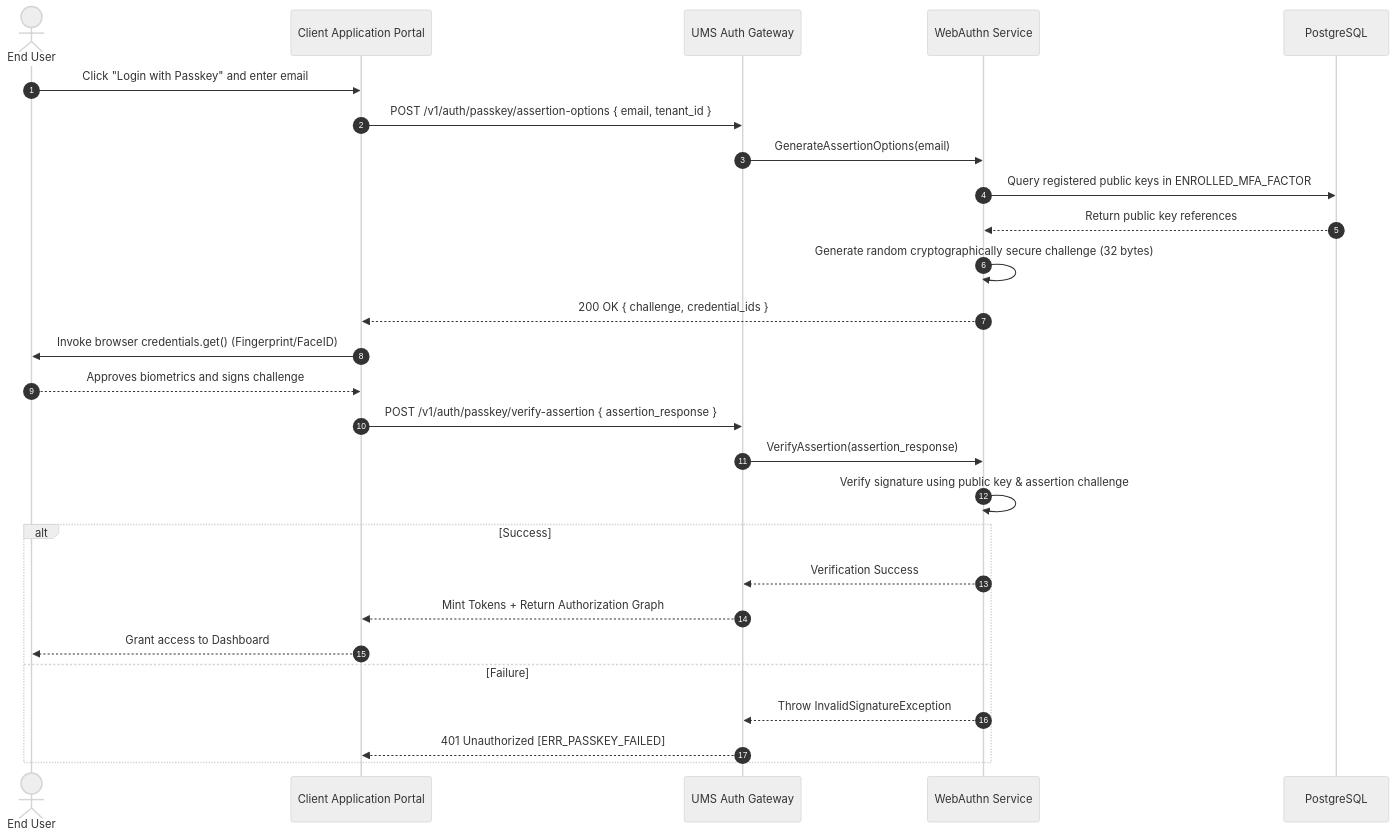
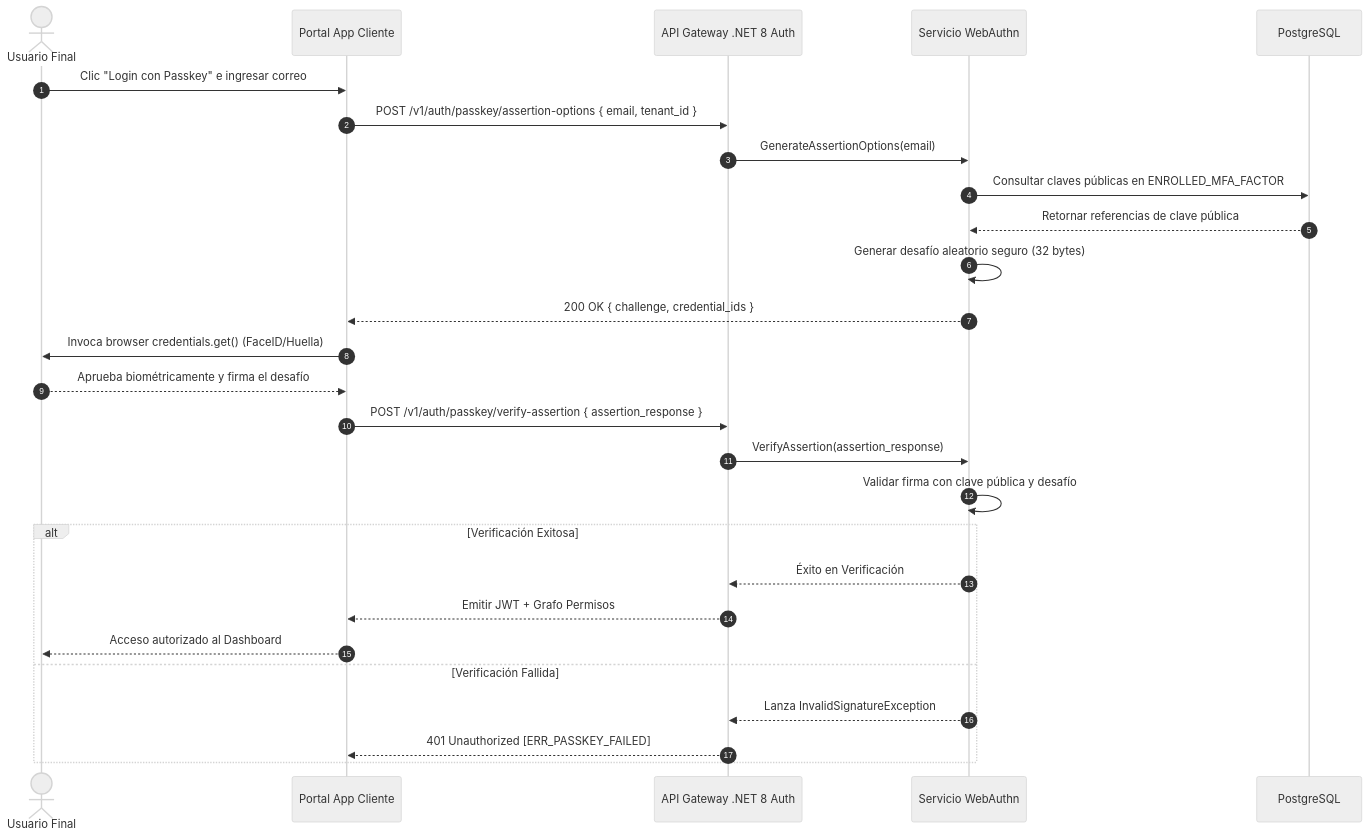
Before and after one commit to beyondnetcode/ums: the second of 2 diagrams in src/ums-workspace/docs/es/01-requirements/usecases/uc-11-mfa-passwordless-adaptive-auth.md, drawn with Mermaid (neutral theme). The commit also changed other lines of this file and 6 other files, not shown here.

Commit message:
docs: complete semantic translation of UC-05 to UC-11, unifying language and diagram nodes to Spanish

````diff
--- a/src/ums-workspace/docs/es/01-requirements/usecases/uc-11-mfa-passwordless-adaptive-auth.md
+++ b/src/ums-workspace/docs/es/01-requirements/usecases/uc-11-mfa-passwordless-adaptive-auth.md
@@ -63,30 +61,30 @@
 ```mermaid
 sequenceDiagram
     autonumber
-    actor User as End User
-    participant Portal as Client Application Portal
-    participant Gateway as UMS Auth Gateway
-    participant WebAuthn as WebAuthn Service
+    actor User as Usuario Final
+    participant Portal as Portal App Cliente
+    participant Gateway as API Gateway .NET 8 Auth
+    participant WebAuthn as Servicio WebAuthn
     participant DB as PostgreSQL
 
-    User->>Portal: Click "Login with Passkey" and enter email
+    User->>Portal: Clic "Login con Passkey" e ingresar correo
     Portal->>Gateway: POST /v1/auth/passkey/assertion-options { email, tenant_id }
     Gateway->>WebAuthn: GenerateAssertionOptions(email)
-    WebAuthn->>DB: Query registered public keys in ENROLLED_MFA_FACTOR
-    DB-->>WebAuthn: Return public key references
-    WebAuthn->>WebAuthn: Generate random cryptographically secure challenge (32 bytes)
+    WebAuthn->>DB: Consultar claves públicas en ENROLLED_MFA_FACTOR
+    DB-->>WebAuthn: Retornar referencias de clave pública
+    WebAuthn->>WebAuthn: Generar desafío aleatorio seguro (32 bytes)
     WebAuthn-->>Portal: 200 OK { challenge, credential_ids }
-    Portal->>User: Invoke browser credentials.get() (Fingerprint/FaceID)
-    User-->>Portal: Approves biometrics and signs challenge
+    Portal->>User: Invoca browser credentials.get() (FaceID/Huella)
+    User-->>Portal: Aprueba biométricamente y firma el desafío
     Portal->>Gateway: POST /v1/auth/passkey/verify-assertion { assertion_response }
     Gateway->>WebAuthn: VerifyAssertion(assertion_response)
-    WebAuthn->>WebAuthn: Verify signature using public key & assertion challenge
-    alt Success
-        WebAuthn-->>Gateway: Verification Success
-        Gateway-->>Portal: Mint Tokens + Return Authorization Graph
-        Portal-->>User: Grant access to Dashboard
-    else Failure
-        WebAuthn-->>Gateway: Throw InvalidSignatureException
+    WebAuthn->>WebAuthn: Validar firma con clave pública y desafío
+    alt Verificación Exitosa
+        WebAuthn-->>Gateway: Éxito en Verificación
+        Gateway-->>Portal: Emitir JWT + Grafo Permisos
+        Portal-->>User: Acceso autorizado al Dashboard
+    else Verificación Fallida
+        WebAuthn-->>Gateway: Lanza InvalidSignatureException
         Gateway-->>Portal: 401 Unauthorized [ERR_PASSKEY_FAILED]
     end
 ```
````
